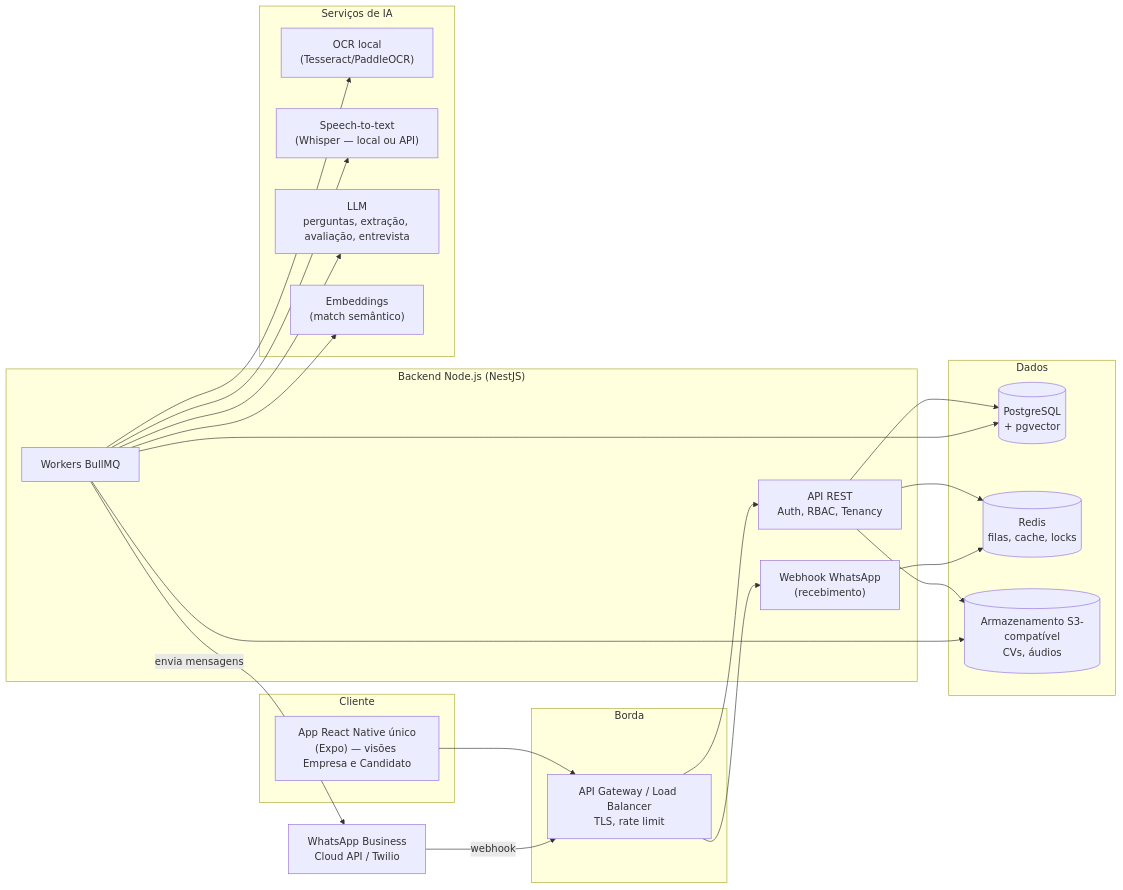
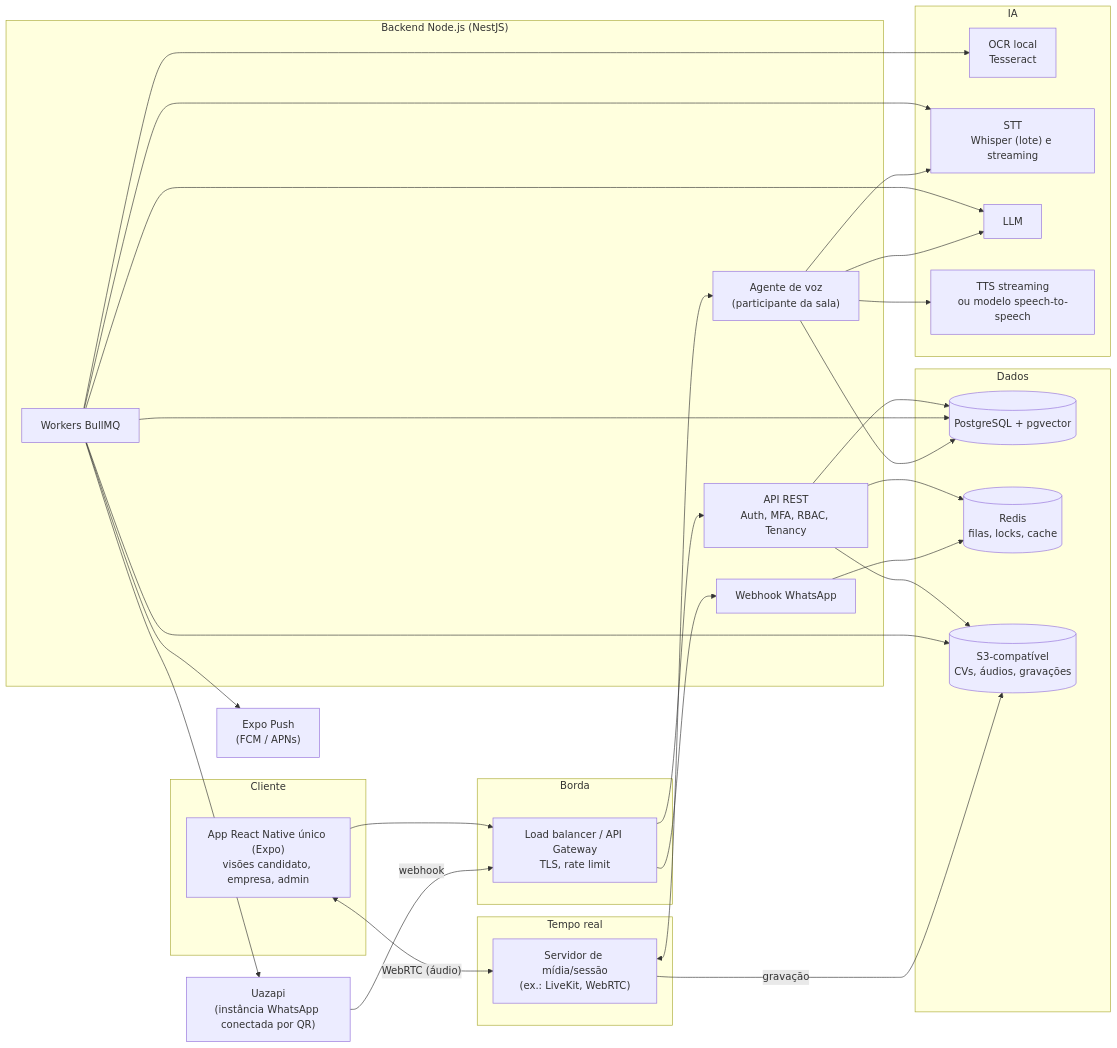
The first of 18 diagrams in docs/plano-sistema.md (RenatoBS/sistema-candidatura-vagas), drawn with Mermaid before and after one commit. The commit also changed other lines of this file and 23 other files, not shown here.

First line of the commit message:
docs: incorpora decisões da revisão (voz em tempo real, 10 fases, regras de vaga e entrevista)

````diff
--- a/docs/plano-sistema.md
+++ b/docs/plano-sistema.md
@@ -127,39 +173,51 @@
 ```mermaid
 flowchart LR
   subgraph Cliente
-    APP["App React Native único<br/>(Expo) — visões Empresa e Candidato"]
+    APP["App React Native único (Expo)<br/>visões candidato, empresa, admin"]
   end
   subgraph Borda
-    GW["API Gateway / Load Balancer<br/>TLS, rate limit"]
+    GW["Load balancer / API Gateway<br/>TLS, rate limit"]
   end
   subgraph Backend["Backend Node.js (NestJS)"]
-    API["API REST<br/>Auth, RBAC, Tenancy"]
-    WH["Webhook WhatsApp<br/>(recebimento)"]
+    API["API REST<br/>Auth, MFA, RBAC, Tenancy"]
+    WH["Webhook WhatsApp"]
     WK["Workers BullMQ"]
+    VA["Agente de voz<br/>(participante da sala)"]
+  end
+  subgraph Midia["Tempo real"]
+    LK["Servidor de mídia/sessão<br/>(ex.: LiveKit, WebRTC)"]
   end
   subgraph Dados
-    PG[("PostgreSQL<br/>+ pgvector")]
-    RD[("Redis<br/>filas, cache, locks")]
-    S3[("Armazenamento S3-compatível<br/>CVs, áudios")]
+    PG[("PostgreSQL + pgvector")]
+    RD[("Redis<br/>filas, locks, cache")]
+    S3[("S3-compatível<br/>CVs, áudios, gravações")]
   end
-  subgraph IA["Serviços de IA"]
-    OCR["OCR local<br/>(Tesseract/PaddleOCR)"]
-    STT["Speech-to-text<br/>(Whisper — local ou API)"]
-    LLM["LLM<br/>perguntas, extração, avaliação, entrevista"]
-    EMB["Embeddings<br/>(match semântico)"]
+  subgraph IA
+    OCR["OCR local<br/>Tesseract"]
+    STT["STT<br/>Whisper (lote) e streaming"]
+    LLM["LLM"]
+    TTS["TTS streaming<br/>ou modelo speech-to-speech"]
   end
-  WA["WhatsApp Business<br/>Cloud API / Twilio"]
+  WA["Uazapi<br/>(instância WhatsApp conectada por QR)"]
+  PUSH["Expo Push<br/>(FCM / APNs)"]
   APP --> GW --> API
+  APP <-- "WebRTC (áudio)" --> LK
+  LK <--> VA
   WA -- webhook --> GW --> WH
   API --> PG
   API --> RD
   API --> S3
   WH --> RD
   WK --> PG
   WK --> S3
   WK --> OCR
   WK --> STT
   WK --> LLM
-  WK --> EMB
-  WK -- envia mensagens --> WA
+  WK --> WA
+  WK --> PUSH
+  VA --> STT
+  VA --> LLM
+  VA --> TTS
+  VA --> PG
+  LK -- gravação --> S3
 ```
````
